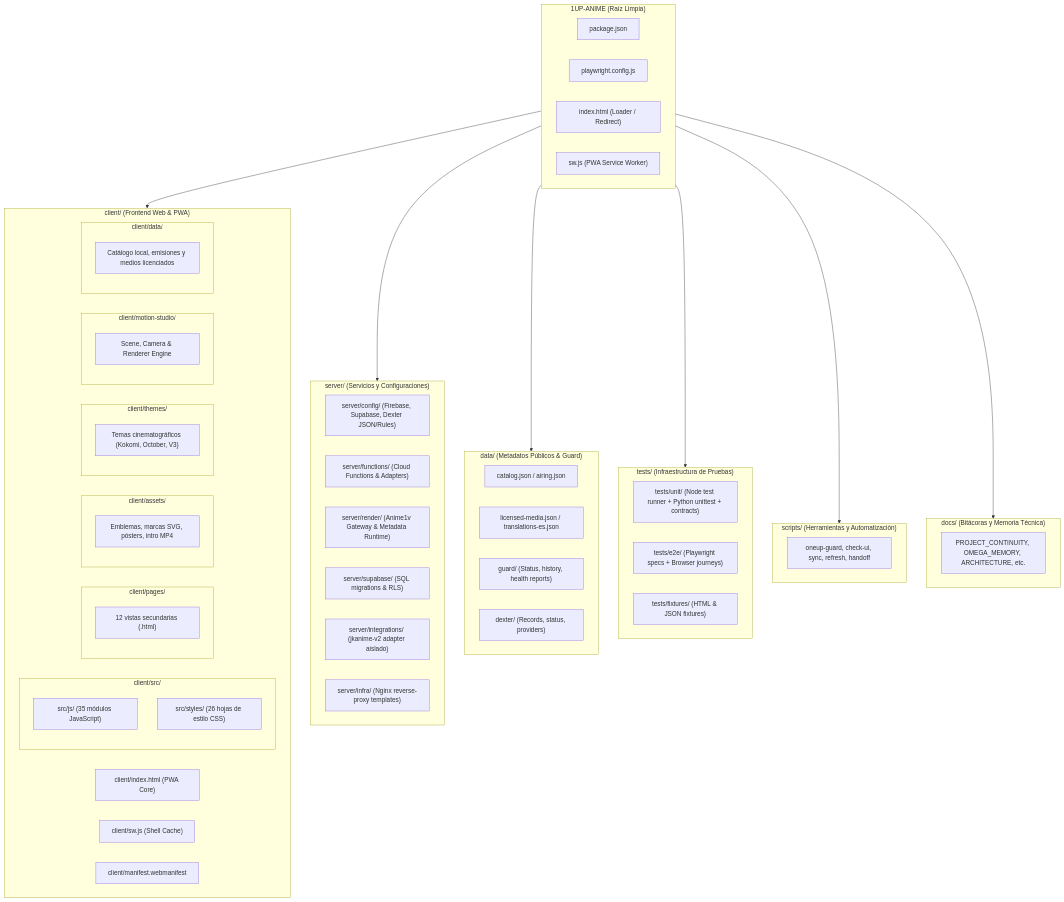
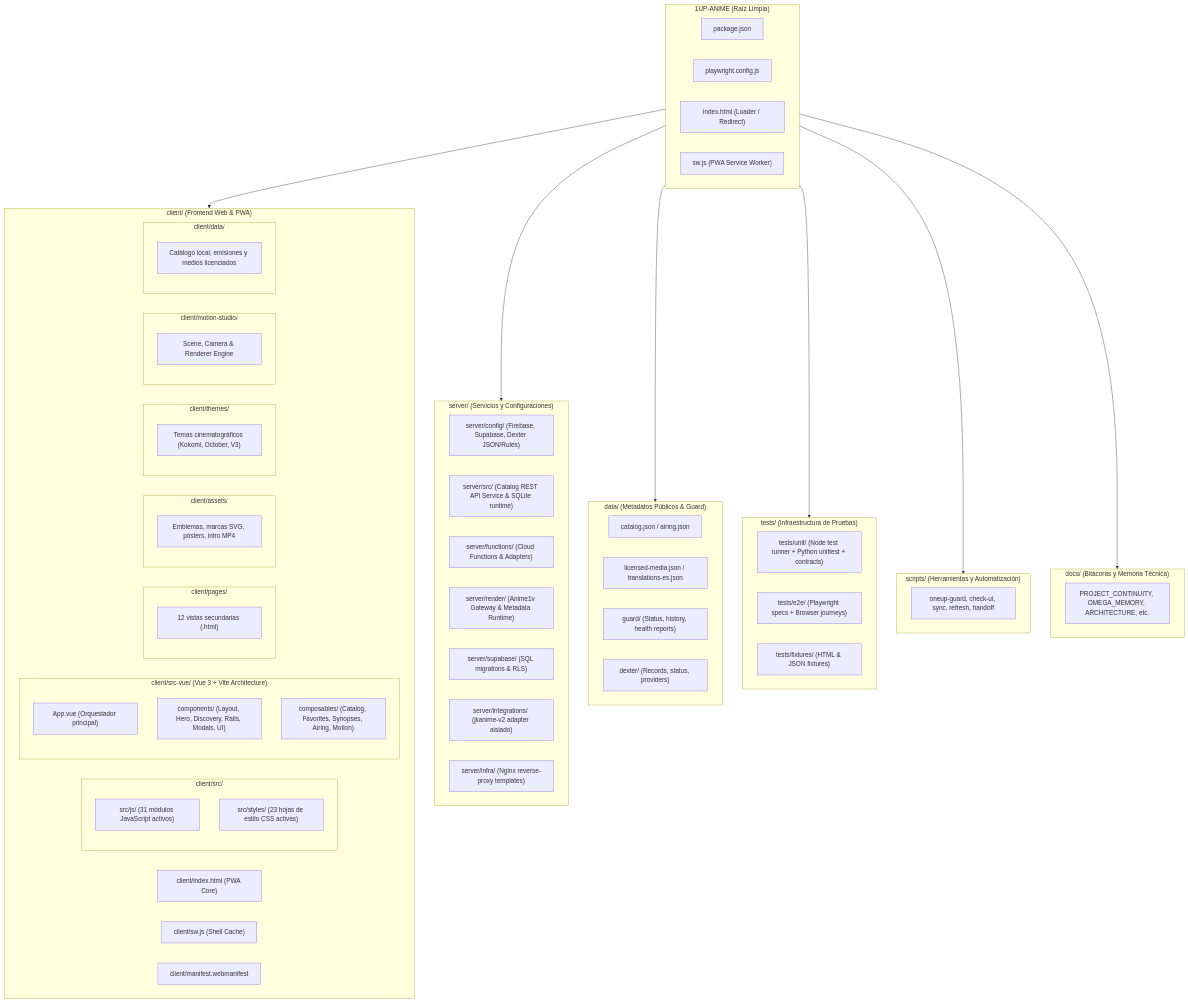
One commit to H4CKLABORATORY/1UP-ANIME changed the diagram in docs/ARCHITECTURE.md. Above: the diagram before and after it, drawn with Mermaid. The commit also changed other lines of this file and 82 other files, not shown here.

```diff
--- a/docs/ARCHITECTURE.md
+++ b/docs/ARCHITECTURE.md
@@ -25,8 +25,14 @@
         C_MAN["client/manifest.webmanifest"]
         
         subgraph ClientSrc ["client/src/"]
-            JS["src/js/ (35 módulos JavaScript)"]
-            CSS["src/styles/ (26 hojas de estilo CSS)"]
+            JS["src/js/ (31 módulos JavaScript activos)"]
+            CSS["src/styles/ (23 hojas de estilo CSS activas)"]
+        end
+
+        subgraph ClientVue ["client/src-vue/ (Vue 3 + Vite Architecture)"]
+            V_APP["App.vue (Orquestador principal)"]
+            V_COMP["components/ (Layout, Hero, Discovery, Rails, Modals, UI)"]
+            V_COMPOS["composables/ (Catalog, Favorites, Synopses, Airing, Motion)"]
         end
         
         subgraph ClientPages ["client/pages/"]
@@ -52,6 +58,7 @@
 
     subgraph ServerContainer ["server/ (Servicios y Configuraciones)"]
         S_CONF["server/config/ (Firebase, Supabase, Dexter JSON/Rules)"]
+        S_SRC["server/src/ (Catalog REST API Service & SQLite runtime)"]
         S_FUNC["server/functions/ (Cloud Functions & Adapters)"]
         S_REND["server/render/ (Anime1v Gateway & Metadata Runtime)"]
         S_SUPA["server/supabase/ (SQL migrations & RLS)"]
```
